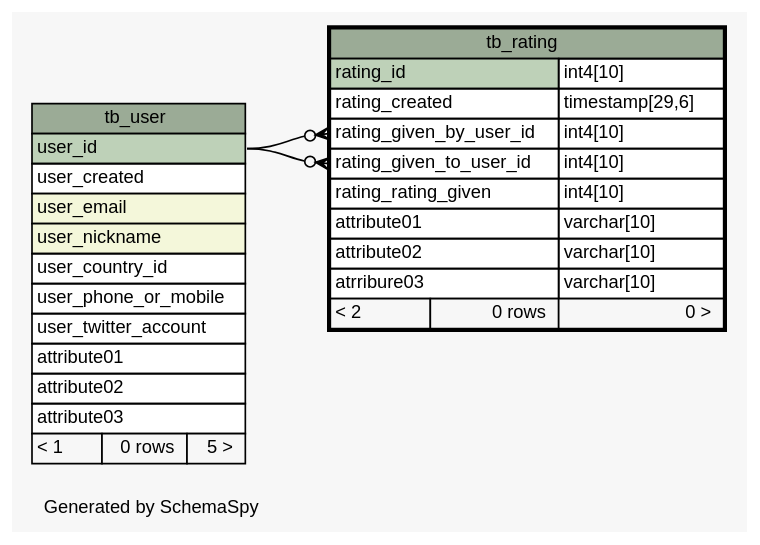
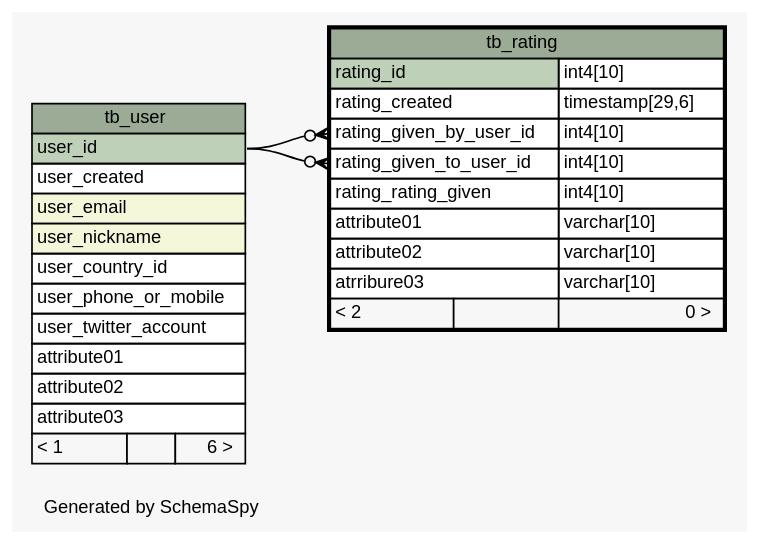
Before and after one commit to josetesan/bring2me: the diagram in database/schema/diagrams/tb_rating.1degree.dot, drawn with Graphviz. The commit also changed 74 other files, not shown here.

Commit message:
New schema

```diff
--- a/database/schema/diagrams/tb_rating.1degree.dot
+++ b/database/schema/diagrams/tb_rating.1degree.dot
@@ -1,60 +1,60 @@
-// dot 2.34.0 on Linux 3.12.0-1-MANJARO
+// dot 2.34.0 on Linux 3.12.1-1-MANJARO
 // SchemaSpy rev 590
 digraph "oneDegreeRelationshipsDiagram" {
   graph [
     rankdir="RL"
     bgcolor="#f7f7f7"
     label="\nGenerated by SchemaSpy"
     labeljust="l"
     nodesep="0.18"
     ranksep="0.46"
     fontname="Helvetica"
     fontsize="11"
   ];
   node [
     fontname="Helvetica"
     fontsize="11"
     shape="plaintext"
   ];
   edge [
     arrowsize="0.8"
   ];
   "tb_rating":"rating_given_by_user_id":w -> "tb_user":"user_id":e [arrowhead=none dir=back arrowtail=crowodot];
   "tb_rating":"rating_given_to_user_id":w -> "tb_user":"user_id":e [arrowhead=none dir=back arrowtail=crowodot];
   "tb_rating" [
     label=<
     <TABLE BORDER="2" CELLBORDER="1" CELLSPACING="0" BGCOLOR="#ffffff">
       <TR><TD COLSPAN="3" BGCOLOR="#9bab96" ALIGN="CENTER">tb_rating</TD></TR>
       <TR><TD PORT="rating_id" COLSPAN="2" BGCOLOR="#bed1b8" ALIGN="LEFT">rating_id</TD><TD PORT="rating_id.type" ALIGN="LEFT">int4[10]</TD></TR>
       <TR><TD PORT="rating_created" COLSPAN="2" ALIGN="LEFT">rating_created</TD><TD PORT="rating_created.type" ALIGN="LEFT">timestamp[29,6]</TD></TR>
       <TR><TD PORT="rating_given_by_user_id" COLSPAN="2" ALIGN="LEFT">rating_given_by_user_id</TD><TD PORT="rating_given_by_user_id.type" ALIGN="LEFT">int4[10]</TD></TR>
       <TR><TD PORT="rating_given_to_user_id" COLSPAN="2" ALIGN="LEFT">rating_given_to_user_id</TD><TD PORT="rating_given_to_user_id.type" ALIGN="LEFT">int4[10]</TD></TR>
       <TR><TD PORT="rating_rating_given" COLSPAN="2" ALIGN="LEFT">rating_rating_given</TD><TD PORT="rating_rating_given.type" ALIGN="LEFT">int4[10]</TD></TR>
       <TR><TD PORT="attribute01" COLSPAN="2" ALIGN="LEFT">attribute01</TD><TD PORT="attribute01.type" ALIGN="LEFT">varchar[10]</TD></TR>
       <TR><TD PORT="attribute02" COLSPAN="2" ALIGN="LEFT">attribute02</TD><TD PORT="attribute02.type" ALIGN="LEFT">varchar[10]</TD></TR>
       <TR><TD PORT="atrribure03" COLSPAN="2" ALIGN="LEFT">atrribure03</TD><TD PORT="atrribure03.type" ALIGN="LEFT">varchar[10]</TD></TR>
-      <TR><TD ALIGN="LEFT" BGCOLOR="#f7f7f7">&lt; 2</TD><TD ALIGN="RIGHT" BGCOLOR="#f7f7f7">0 rows</TD><TD ALIGN="RIGHT" BGCOLOR="#f7f7f7">0 &gt;</TD></TR>
+      <TR><TD ALIGN="LEFT" BGCOLOR="#f7f7f7">&lt; 2</TD><TD ALIGN="RIGHT" BGCOLOR="#f7f7f7">  </TD><TD ALIGN="RIGHT" BGCOLOR="#f7f7f7">0 &gt;</TD></TR>
     </TABLE>>
     URL="tb_rating.html"
     tooltip="tb_rating"
   ];
   "tb_user" [
     label=<
     <TABLE BORDER="0" CELLBORDER="1" CELLSPACING="0" BGCOLOR="#ffffff">
       <TR><TD COLSPAN="3" BGCOLOR="#9bab96" ALIGN="CENTER">tb_user</TD></TR>
       <TR><TD PORT="user_id" COLSPAN="3" BGCOLOR="#bed1b8" ALIGN="LEFT">user_id</TD></TR>
       <TR><TD PORT="user_created" COLSPAN="3" ALIGN="LEFT">user_created</TD></TR>
       <TR><TD PORT="user_email" COLSPAN="3" BGCOLOR="#f4f7da" ALIGN="LEFT">user_email</TD></TR>
       <TR><TD PORT="user_nickname" COLSPAN="3" BGCOLOR="#f4f7da" ALIGN="LEFT">user_nickname</TD></TR>
       <TR><TD PORT="user_country_id" COLSPAN="3" ALIGN="LEFT">user_country_id</TD></TR>
       <TR><TD PORT="user_phone_or_mobile" COLSPAN="3" ALIGN="LEFT">user_phone_or_mobile</TD></TR>
       <TR><TD PORT="user_twitter_account" COLSPAN="3" ALIGN="LEFT">user_twitter_account</TD></TR>
       <TR><TD PORT="attribute01" COLSPAN="3" ALIGN="LEFT">attribute01</TD></TR>
       <TR><TD PORT="attribute02" COLSPAN="3" ALIGN="LEFT">attribute02</TD></TR>
       <TR><TD PORT="attribute03" COLSPAN="3" ALIGN="LEFT">attribute03</TD></TR>
-      <TR><TD ALIGN="LEFT" BGCOLOR="#f7f7f7">&lt; 1</TD><TD ALIGN="RIGHT" BGCOLOR="#f7f7f7">0 rows</TD><TD ALIGN="RIGHT" BGCOLOR="#f7f7f7">5 &gt;</TD></TR>
+      <TR><TD ALIGN="LEFT" BGCOLOR="#f7f7f7">&lt; 1</TD><TD ALIGN="RIGHT" BGCOLOR="#f7f7f7">  </TD><TD ALIGN="RIGHT" BGCOLOR="#f7f7f7">6 &gt;</TD></TR>
     </TABLE>>
     URL="tb_user.html"
     tooltip="tb_user"
   ];
 }
```
